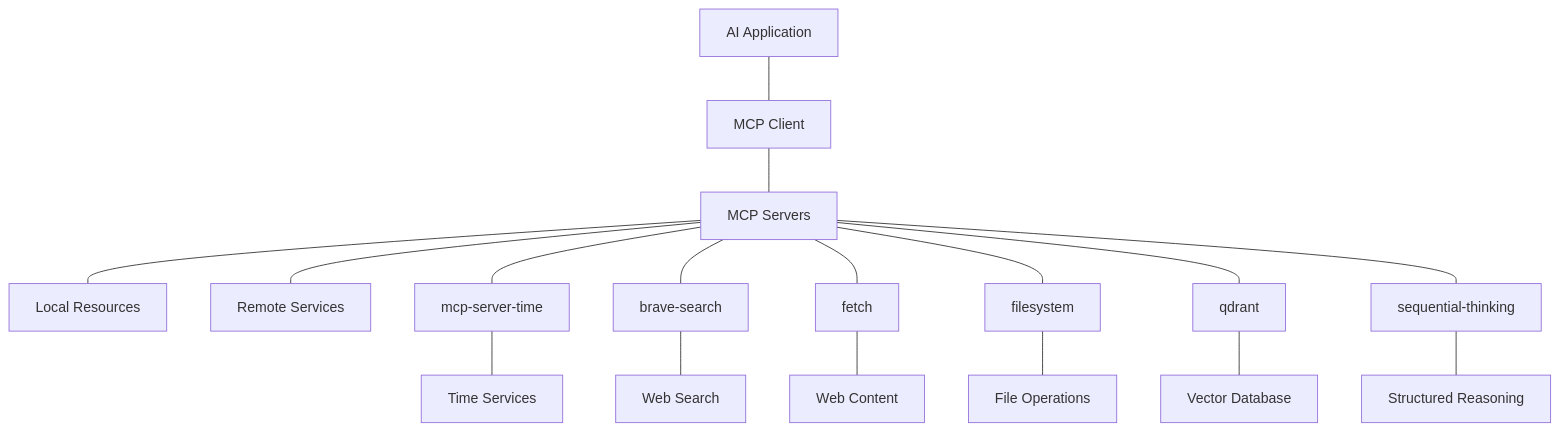
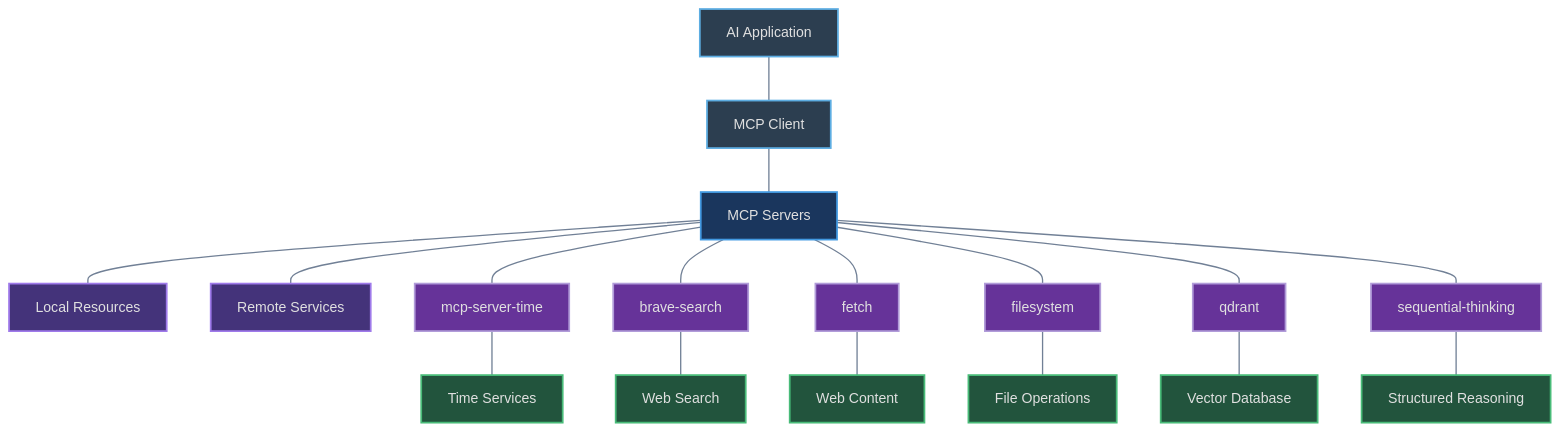
The diagram in mcp-paper/claude_desktop_mcp_servers_guide.md (donbr/nsclc-pathways), drawn with Mermaid before and after one commit. The commit also changed other lines of this file and 5 other files, not shown here.

````diff
--- a/mcp-paper/claude_desktop_mcp_servers_guide.md
+++ b/mcp-paper/claude_desktop_mcp_servers_guide.md
@@ -9,21 +9,38 @@
 ```mermaid
 graph TD
     A[AI Application] --- B[MCP Client]
     B --- C[MCP Servers]
     C --- D[Local Resources]
     C --- E[Remote Services]
     
     C --- M1[mcp-server-time]
     C --- M2[brave-search]
     C --- M3[fetch]
     C --- M4[filesystem]
     C --- M5[qdrant]
     C --- M6[sequential-thinking]
     
     M1 --- T1[Time Services]
     M2 --- T2[Web Search]
     M3 --- T3[Web Content]
     M4 --- T4[File Operations]
     M5 --- T5[Vector Database]
     M6 --- T6[Structured Reasoning]
+    
+    %% Style definitions for dark theme
+    classDef core fill:#2C3E50,stroke:#5DADE2,stroke-width:2px,color:#E0E0E0;
+    classDef servers fill:#1A365D,stroke:#4299E1,stroke-width:2px,color:#E0E0E0;
+    classDef resources fill:#44337A,stroke:#9F7AEA,stroke-width:2px,color:#E0E0E0;
+    classDef serverInstance fill:#663399,stroke:#B19CD9,stroke-width:2px,color:#E0E0E0;
+    classDef services fill:#22543D,stroke:#48BB78,stroke-width:2px,color:#E0E0E0;
+    
+    %% Apply styles to nodes
+    class A,B core;
+    class C servers;
+    class D,E resources;
+    class M1,M2,M3,M4,M5,M6 serverInstance;
+    class T1,T2,T3,T4,T5,T6 services;
+    
+    %% Edge styling
+    linkStyle default stroke:#718096,stroke-width:1.5px;
 ```
````
